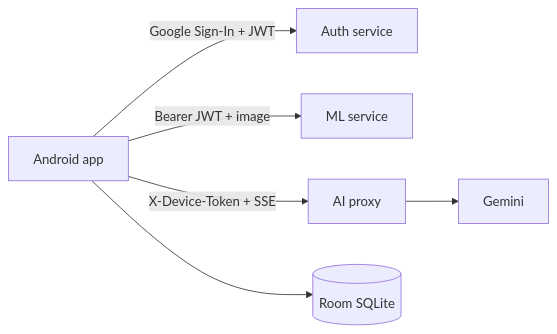
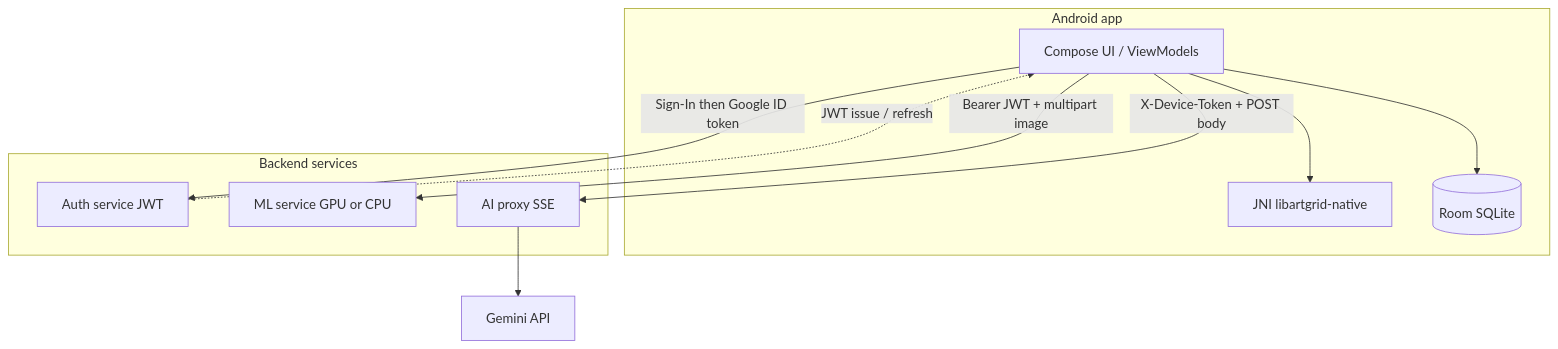
The diagram in README.md (yogitaranwa/frontend), drawn with Mermaid before and after one commit. The commit also changed other lines of this file and 80 other files, not shown here.

````diff
--- a/README.md
+++ b/README.md
@@ -71,8 +93,21 @@
 ```mermaid
-flowchart LR
-  A[Android app] -->|Google Sign-In + JWT| B[Auth service]
-  A -->|Bearer JWT + image| C[ML service]
-  A -->|X-Device-Token + SSE| D[AI proxy]
-  A --> E[(Room SQLite)]
-  D --> F[Gemini]
+flowchart TB
+  subgraph phone [Android app]
+    UI[Compose UI / ViewModels]
+    Native[JNI libartgrid-native]
+    Room[(Room SQLite)]
+    UI --> Native
+    UI --> Room
+  end
+  subgraph backends [Backend services]
+    Auth[Auth service JWT]
+    ML[ML service GPU or CPU]
+    Proxy[AI proxy SSE]
+  end
+  Gemini[Gemini API]
+  UI -->|Sign-In then Google ID token| Auth
+  UI -->|Bearer JWT + multipart image| ML
+  UI -->|X-Device-Token + POST body| Proxy
+  Proxy --> Gemini
+  Auth -.->|JWT issue / refresh| UI
 ```
````
